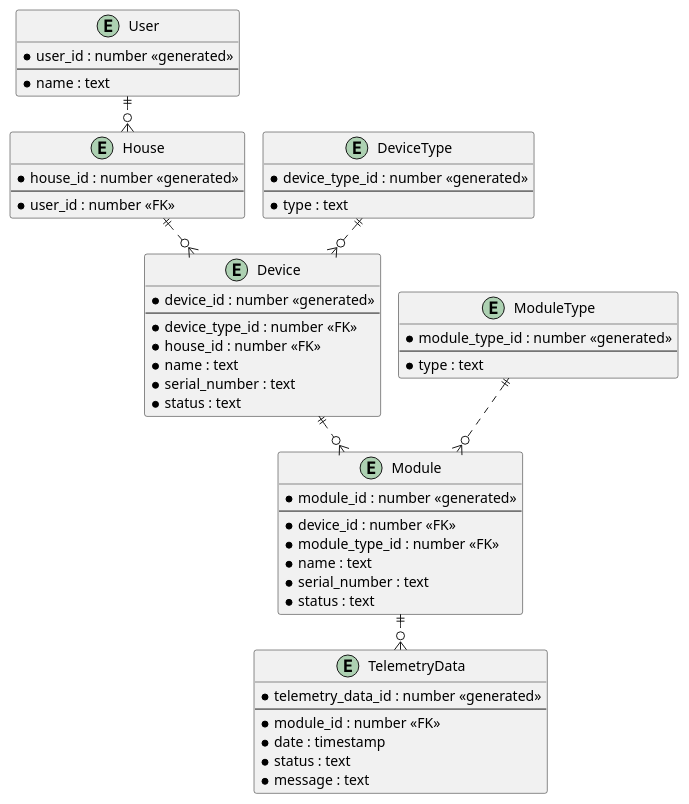
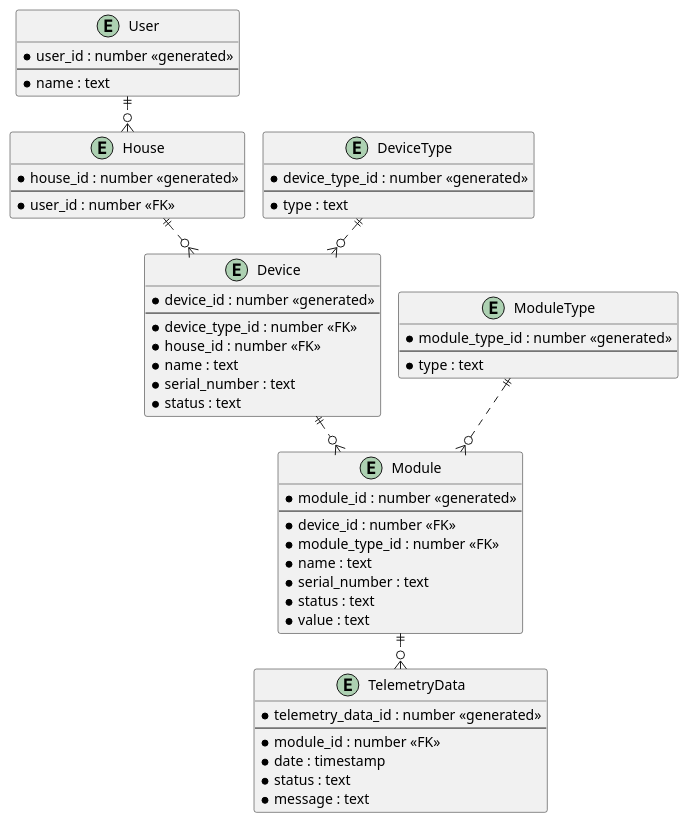
One commit to lermakova/architecture-sprint-3 changed the diagram in diagrams/ERD.puml. Above: the diagram before and after it, drawn with PlantUML. The commit also changed 2 other files, not shown here.

```diff
--- a/diagrams/ERD.puml
+++ b/diagrams/ERD.puml
@@ -1,69 +1,70 @@
 @startuml
 !pragma layout smetana
 ' hide the spot
 ' hide circle
 
 ' avoid problems with angled crows feet
 skinparam linetype ortho
 
 entity "User" as user {
   *user_id : number <<generated>>
   --
   *name : text
 }
 
 entity "House" as house {
   *house_id : number <<generated>>
   --
   *user_id : number <<FK>>
 }
 
 entity "DeviceType" as device_type {
   *device_type_id : number <<generated>>
   --
   *type : text
 }
 
 entity "ModuleType" as module_type {
   *module_type_id : number <<generated>>
   --
   *type : text
 }
 
 entity "Device" as device {
   *device_id : number <<generated>>
   --
   *device_type_id : number <<FK>>
   *house_id : number <<FK>>
   *name : text
   *serial_number : text
   *status : text
 }
 
 entity "Module" as module {
   *module_id : number <<generated>>
   --
   *device_id : number <<FK>>
   *module_type_id : number <<FK>>
   *name : text
   *serial_number : text
   *status : text
+  *value : text
 }
 
 entity "TelemetryData" as telemetry_data {
   *telemetry_data_id : number <<generated>>
   --
   *module_id : number <<FK>>
   *date : timestamp
   *status : text
   *message : text
 }
 
 user ||..o{ house
 house ||..o{ device
 device_type ||..o{ device
 device ||..o{ module
 module_type ||..o{ module
 module ||..o{ telemetry_data
 
 @enduml
```
